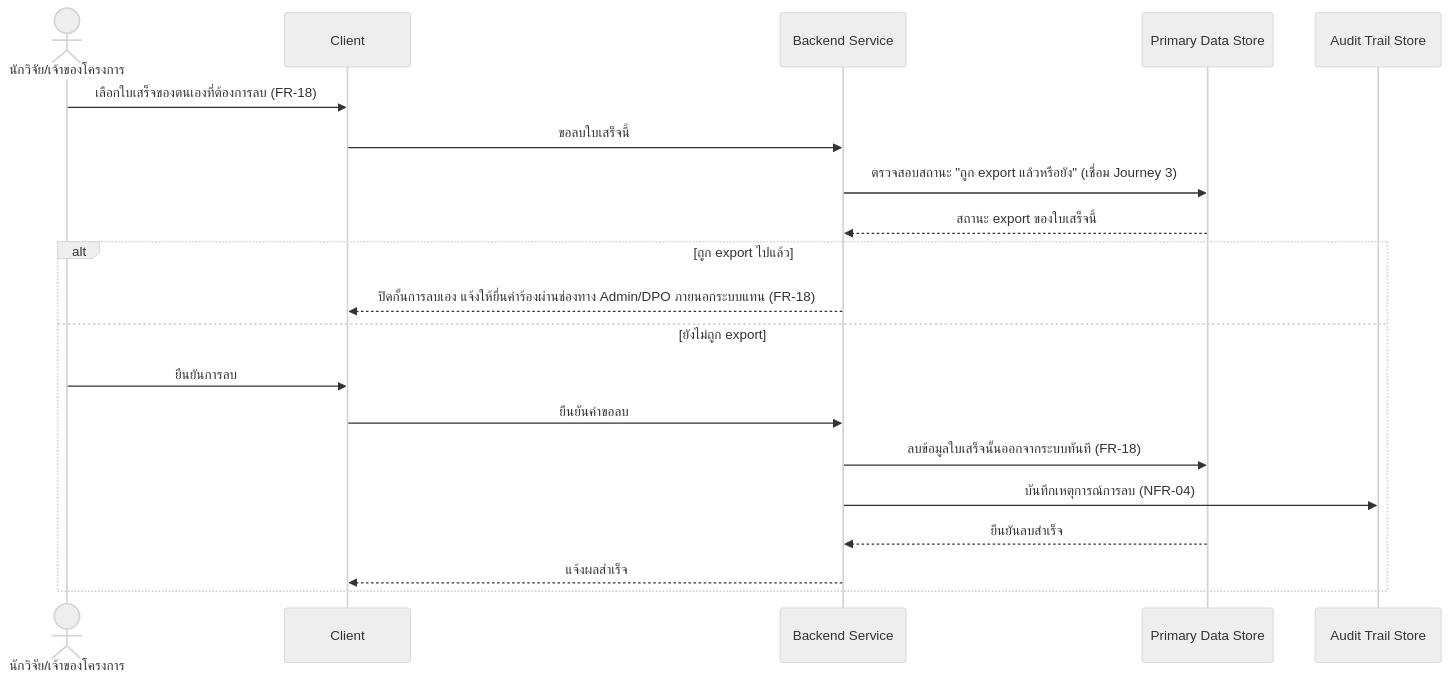
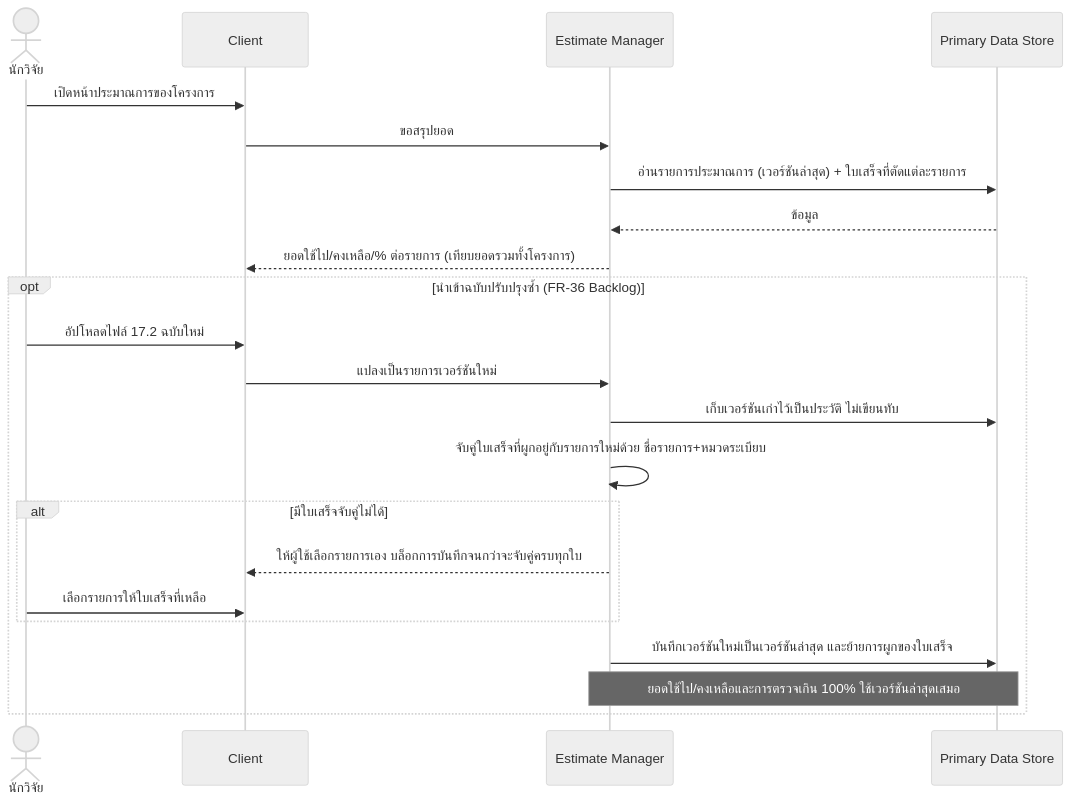
Before and after one commit to ptrsswnr/Grant-Receipt-Assistant: the seventh of 8 diagrams in docs/02-design/02-technical/architecture.md, drawn with Mermaid (neutral theme). The commit also changed other lines of this file and 27 other files, not shown here.

````diff
--- a/docs/02-design/02-technical/architecture.md
+++ b/docs/02-design/02-technical/architecture.md
@@ -289,23 +390,25 @@
 ```mermaid
 sequenceDiagram
-    actor R as นักวิจัย/เจ้าของโครงการ
+    actor R as นักวิจัย
     participant C as Client
-    participant B as Backend Service
+    participant EM as Estimate Manager
     participant DS as Primary Data Store
-    participant AT as Audit Trail Store
 
-    R->>C: เลือกใบเสร็จของตนเองที่ต้องการลบ (FR-18)
-    C->>B: ขอลบใบเสร็จนี้
-    B->>DS: ตรวจสอบสถานะ "ถูก export แล้วหรือยัง" (เชื่อม Journey 3)
-    DS-->>B: สถานะ export ของใบเสร็จนี้
-    alt ถูก export ไปแล้ว
-        B-->>C: ปิดกั้นการลบเอง แจ้งให้ยื่นคำร้องผ่านช่องทาง Admin/DPO ภายนอกระบบแทน (FR-18)
-    else ยังไม่ถูก export
-        R->>C: ยืนยันการลบ
-        C->>B: ยืนยันคำขอลบ
-        B->>DS: ลบข้อมูลใบเสร็จนั้นออกจากระบบทันที (FR-18)
-        B->>AT: บันทึกเหตุการณ์การลบ (NFR-04)
-        DS-->>B: ยืนยันลบสำเร็จ
-        B-->>C: แจ้งผลสำเร็จ
+    R->>C: เปิดหน้าประมาณการของโครงการ
+    C->>EM: ขอสรุปยอด
+    EM->>DS: อ่านรายการประมาณการ (เวอร์ชันล่าสุด) + ใบเสร็จที่ตัดแต่ละรายการ
+    DS-->>EM: ข้อมูล
+    EM-->>C: ยอดใช้ไป/คงเหลือ/% ต่อรายการ (เทียบยอดรวมทั้งโครงการ)
+    opt นำเข้าฉบับปรับปรุงซ้ำ (FR-36 Backlog)
+        R->>C: อัปโหลดไฟล์ 17.2 ฉบับใหม่
+        C->>EM: แปลงเป็นรายการเวอร์ชันใหม่
+        EM->>DS: เก็บเวอร์ชันเก่าไว้เป็นประวัติ ไม่เขียนทับ
+        EM->>EM: จับคู่ใบเสร็จที่ผูกอยู่กับรายการใหม่ด้วย ชื่อรายการ+หมวดระเบียบ
+        alt มีใบเสร็จจับคู่ไม่ได้
+            EM-->>C: ให้ผู้ใช้เลือกรายการเอง บล็อกการบันทึกจนกว่าจะจับคู่ครบทุกใบ
+            R->>C: เลือกรายการให้ใบเสร็จที่เหลือ
+        end
+        EM->>DS: บันทึกเวอร์ชันใหม่เป็นเวอร์ชันล่าสุด และย้ายการผูกของใบเสร็จ
+        Note over EM,DS: ยอดใช้ไป/คงเหลือและการตรวจเกิน 100% ใช้เวอร์ชันล่าสุดเสมอ
     end
 ```
````
